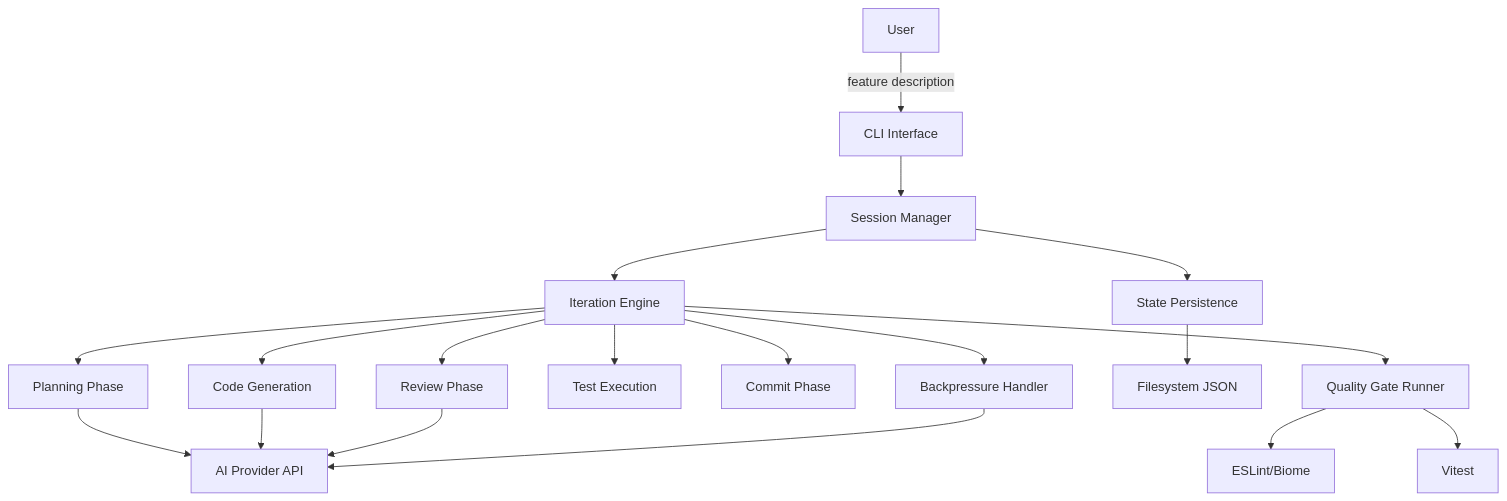
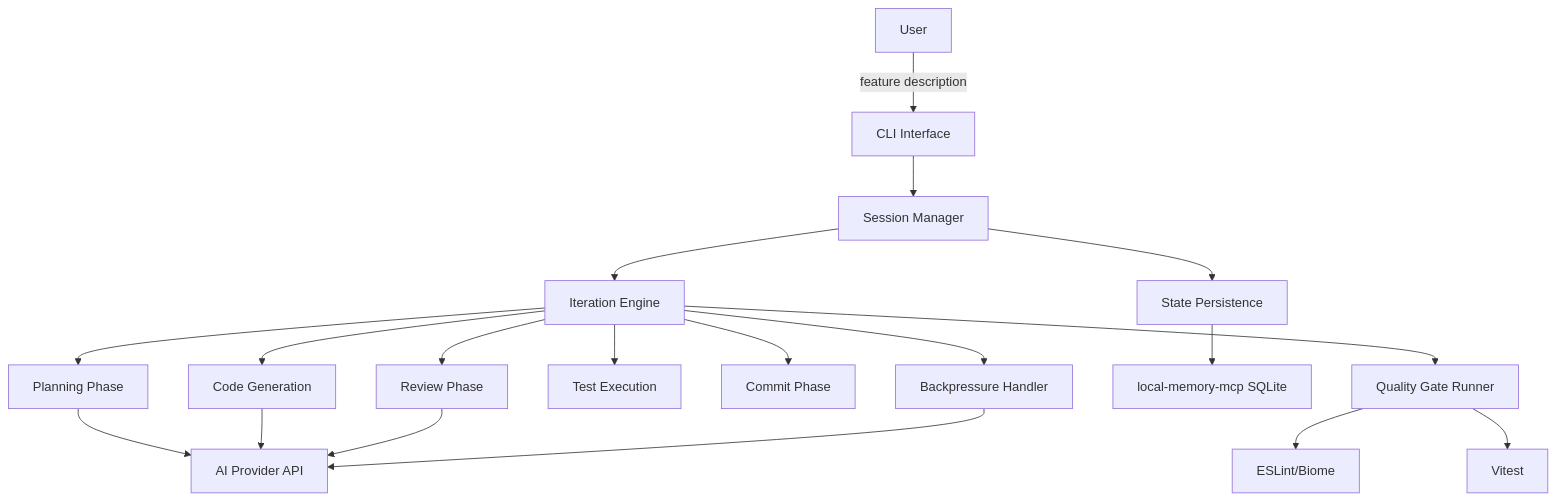
The diagram in .agents/documents/design/architecture/system-architecture.md (vheins/opencode-autopilot), drawn with Mermaid before and after one commit. The commit also changed other lines of this file and 15 other files, not shown here.

````diff
--- a/.agents/documents/design/architecture/system-architecture.md
+++ b/.agents/documents/design/architecture/system-architecture.md
@@ -5,25 +5,25 @@
 ```mermaid
 graph TD
     User -->|feature description| CLI[CLI Interface]
     CLI --> SessionMgr[Session Manager]
     SessionMgr --> IterationEngine[Iteration Engine]
     IterationEngine --> Plan[Planning Phase]
     IterationEngine --> CodeGen[Code Generation]
     IterationEngine --> Review[Review Phase]
     IterationEngine --> TestExec[Test Execution]
     IterationEngine --> Commit[Commit Phase]
     
     Plan --> AIProvider[AI Provider API]
     CodeGen --> AIProvider
     Review --> AIProvider
     
     IterationEngine --> QualityGates[Quality Gate Runner]
     QualityGates --> Linter[ESLint/Biome]
     QualityGates --> TestRunner[Vitest]
     
     SessionMgr --> StateStore[State Persistence]
-    StateStore --> Disk[Filesystem JSON]
+    StateStore --> MCP[local-memory-mcp SQLite]
     
     IterationEngine --> BPLogic[Backpressure Handler]
     BPLogic --> AIProvider
 ```
````
